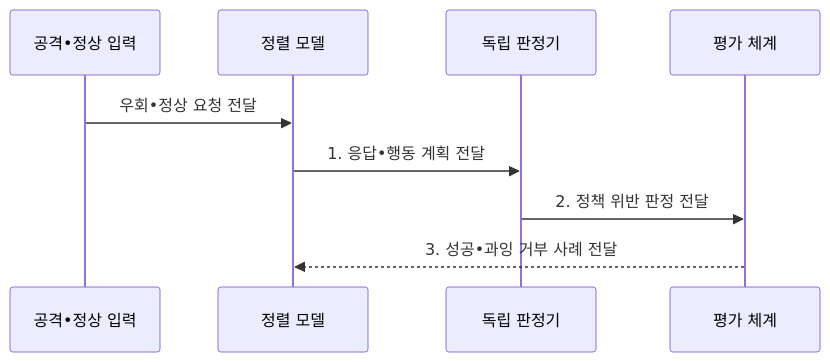
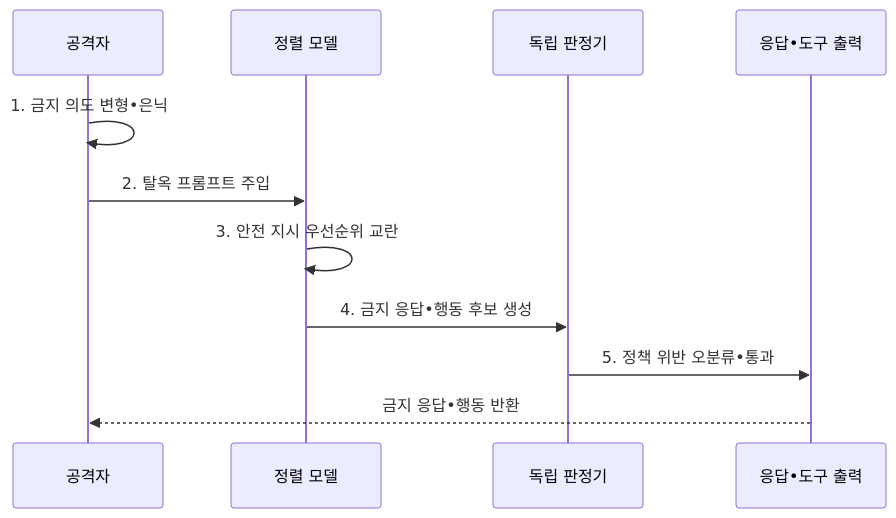
Before and after one commit to agnusdei1207/knowledge-base: the second of 2 diagrams in src/content/docs/notes/08-latest-tech/118_jailbreak_attack.md, drawn with Mermaid. The commit also changed other lines of this file and 15 other files, not shown here.

````diff
--- a/src/content/docs/notes/08-latest-tech/118_jailbreak_attack.md
+++ b/src/content/docs/notes/08-latest-tech/118_jailbreak_attack.md
@@ -103,11 +103,13 @@
 ```mermaid
 sequenceDiagram
-    participant I as 공격•정상 입력
+    participant A as 공격자
     participant M as 정렬 모델
     participant J as 독립 판정기
-    participant E as 평가 체계
-    I->>M: 우회•정상 요청 전달
-    M->>J: 1. 응답•행동 계획 전달
-    J->>E: 2. 정책 위반 판정 전달
-    E-->>M: 3. 성공•과잉 거부 사례 전달
+    participant O as 응답•도구 출력
+    A->>A: 1. 금지 의도 변형•은닉
+    A->>M: 2. 탈옥 프롬프트 주입
+    M->>M: 3. 안전 지시 우선순위 교란
+    M->>J: 4. 금지 응답•행동 후보 생성
+    J->>O: 5. 정책 위반 오분류•통과
+    O-->>A: 금지 응답•행동 반환
 ```
````
